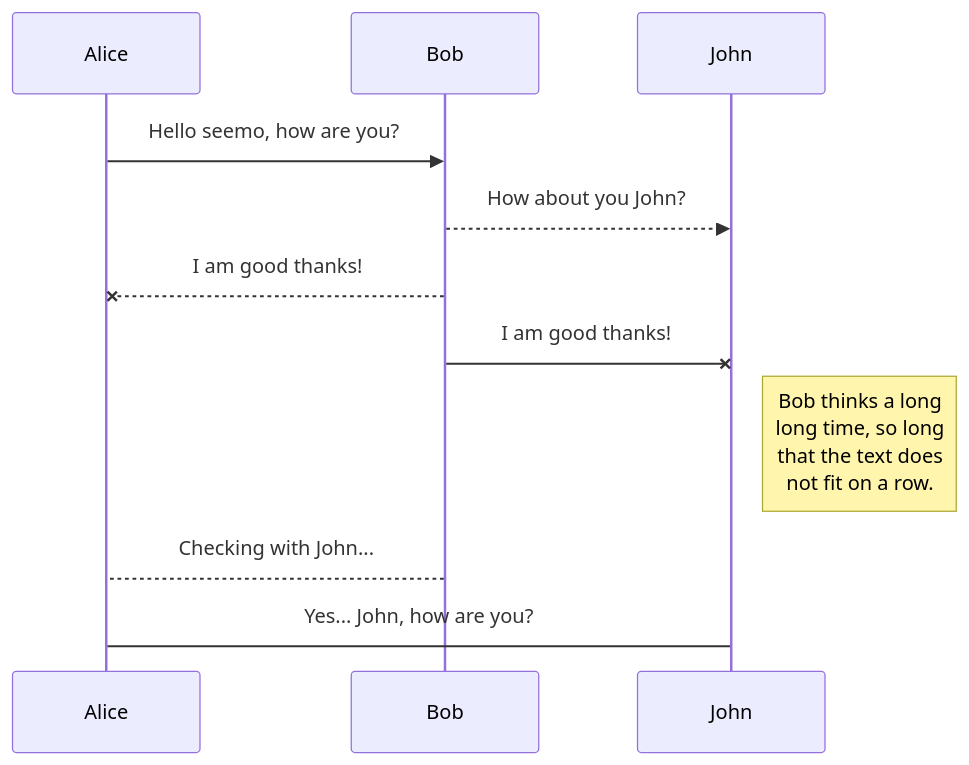
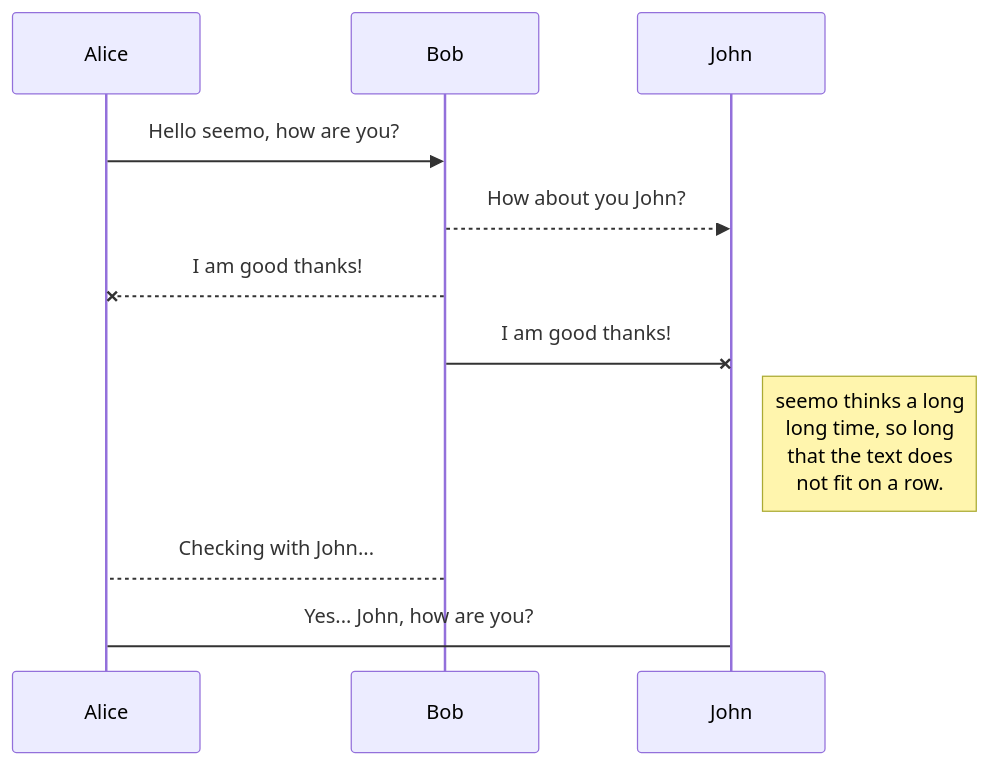
Before and after one commit to seemo111/learn-github: the diagram in exercise/BDM/seemo/excersice1/readme.md, drawn with Mermaid.

````diff
--- a/exercise/BDM/seemo/excersice1/readme.md
+++ b/exercise/BDM/seemo/excersice1/readme.md
@@ -9,11 +9,11 @@
 ```mermaid
 sequenceDiagram
 Alice ->> Bob: Hello seemo, how are you?
 Bob-->>John: How about you John?
 Bob--x Alice: I am good thanks!
 Bob-x John: I am good thanks!
-Note right of John: Bob thinks a long<br/>long time, so long<br/>that the text does<br/>not fit on a row.
+Note right of John: seemo thinks a long<br/>long time, so long<br/>that the text does<br/>not fit on a row.
 
 Bob-->Alice: Checking with John...
 Alice->John: Yes... John, how are you?
 ```
````
